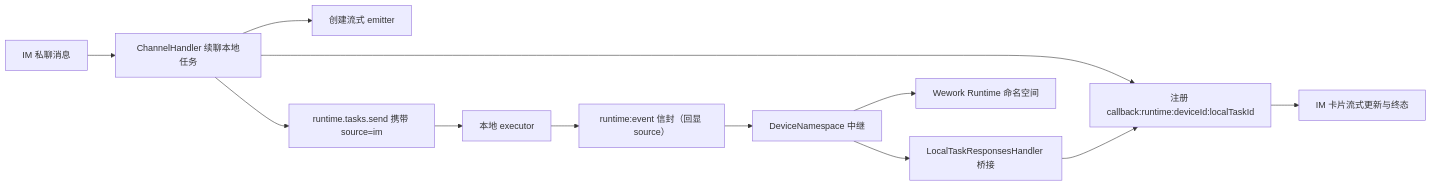
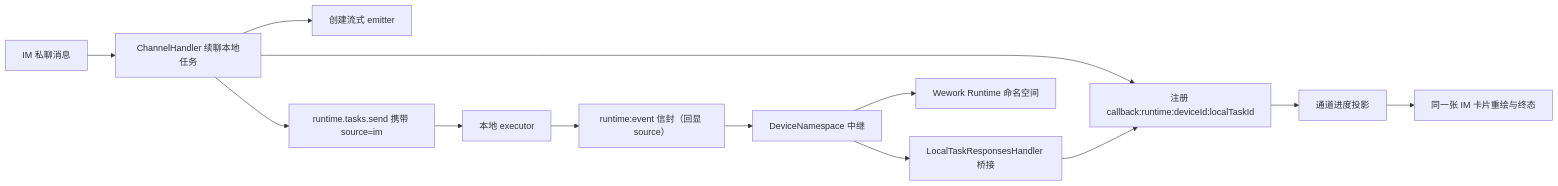
The first of 2 diagrams in i18n/zh/docusaurus-plugin-content-docs/current/architecture/im-runtime-streaming.md (wecode-ai/wegent-docs), drawn with Mermaid before and after one commit. The commit also changed other lines of this file and 3 other files, not shown here.

````diff
--- a/i18n/zh/docusaurus-plugin-content-docs/current/architecture/im-runtime-streaming.md
+++ b/i18n/zh/docusaurus-plugin-content-docs/current/architecture/im-runtime-streaming.md
@@ -9,14 +9,15 @@
 ```mermaid
 flowchart LR
     IM[IM 私聊消息] --> HANDLER[ChannelHandler 续聊本地任务]
     HANDLER --> EMITTER[创建流式 emitter]
     HANDLER --> REG[注册 callback:runtime:deviceId:localTaskId]
     HANDLER --> RPC[runtime.tasks.send 携带 source=im]
     RPC --> EXEC[本地 executor]
     EXEC --> ENV["runtime:event 信封（回显 source）"]
     ENV --> DEV[DeviceNamespace 中继]
     DEV --> WEWORK[Wework Runtime 命名空间]
     DEV --> BRIDGE[LocalTaskResponsesHandler 桥接]
     BRIDGE --> REG
-    REG --> CARD[IM 卡片流式更新与终态]
+    REG --> PROJECT[通道进度投影]
+    PROJECT --> CARD[同一张 IM 卡片重绘与终态]
 ```
````
